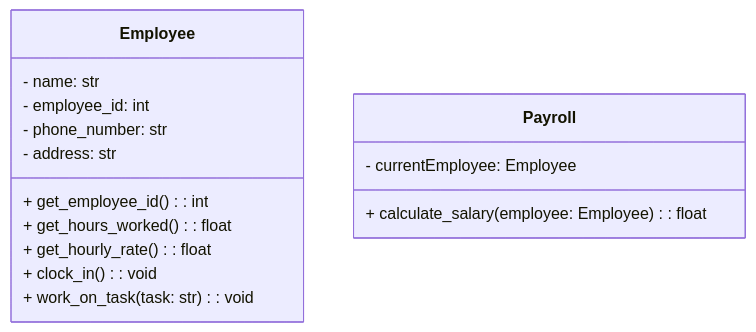
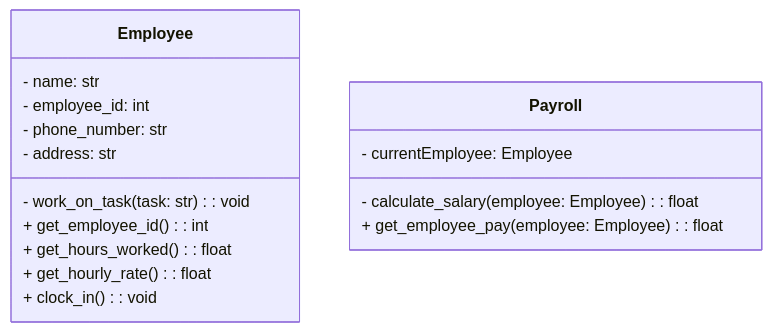
Before and after one commit to sininen-blue/2526-second-sem: the first of 7 diagrams in 2526_second_sem/fpp2/04_oop.md, drawn with Mermaid. The commit also changed other lines of this file, not shown here.

````diff
--- a/2526_second_sem/fpp2/04_oop.md
+++ b/2526_second_sem/fpp2/04_oop.md
@@ -173,19 +270,20 @@
 ```mermaid
 classDiagram
     class Employee {
         - name: str
         - employee_id: int
         - phone_number: str
         - address: str
+        - work_on_task(task: str): void
         + get_employee_id(): int
         + get_hours_worked(): float
         + get_hourly_rate(): float
         + clock_in(): void
-        + work_on_task(task: str): void
     }
 
     class Payroll {
         - currentEmployee: Employee
-        + calculate_salary(employee: Employee): float
+        - calculate_salary(employee: Employee): float
+        + get_employee_pay(employee: Employee): float
     }
 ```
````
